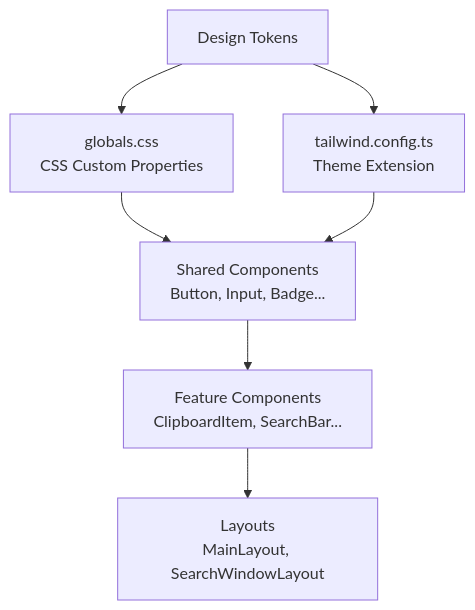
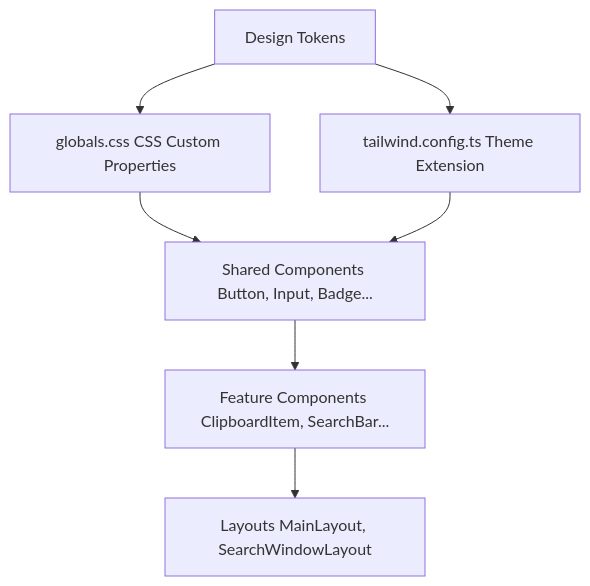
The diagram in docs/architecture/13_DESIGN_SYSTEM.md (sanromarth/ornas), drawn with Mermaid before and after one commit. The commit also changed 253 other files, not shown here.

````diff
--- a/docs/architecture/13_DESIGN_SYSTEM.md
+++ b/docs/architecture/13_DESIGN_SYSTEM.md
@@ -314,9 +314,9 @@
 ```mermaid
 graph TD
-    A[Design Tokens] --> B[globals.css<br/>CSS Custom Properties]
-    A --> C[tailwind.config.ts<br/>Theme Extension]
-    B --> D[Shared Components<br/>Button, Input, Badge...]
+    A[Design Tokens] --> B["globals.css CSS Custom Properties"]
+    A --> C["tailwind.config.ts Theme Extension"]
+    B --> D["Shared Components Button, Input, Badge..."]
     C --> D
-    D --> E[Feature Components<br/>ClipboardItem, SearchBar...]
-    E --> F[Layouts<br/>MainLayout, SearchWindowLayout]
+    D --> E["Feature Components ClipboardItem, SearchBar..."]
+    E --> F["Layouts MainLayout, SearchWindowLayout"]
 ```
````
